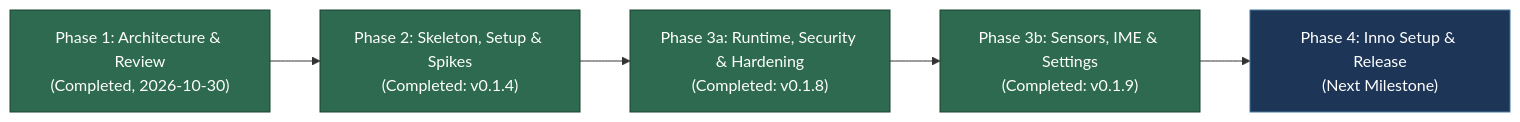
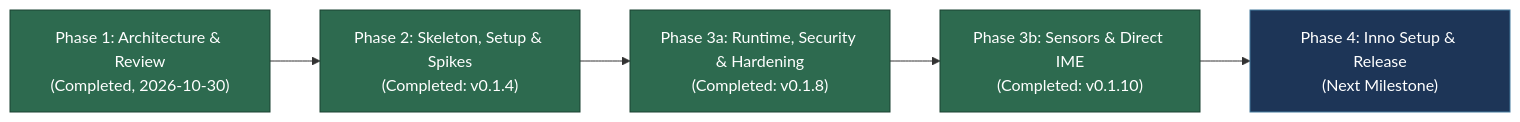
One commit to OrcusExtreme/Orcus_APK_Emulator changed the diagram in README.md. Above: the diagram before and after it, drawn with Mermaid. The commit also changed other lines of this file and 6 other files, not shown here.

````diff
--- a/README.md
+++ b/README.md
@@ -86,12 +86,12 @@
 ```mermaid
 flowchart LR
     A["Phase 1: Architecture & Review<br/>(Completed, 2026-10-30)"] --> B["Phase 2: Skeleton, Setup & Spikes<br/>(Completed: v0.1.4)"]
     B --> C["Phase 3a: Runtime, Security & Hardening<br/>(Completed: v0.1.8)"]
-    C --> D["Phase 3b: Sensors, IME & Settings<br/>(Completed: v0.1.9)"]
+    C --> D["Phase 3b: Sensors & Direct IME<br/>(Completed: v0.1.10)"]
     D --> E["Phase 4: Inno Setup & Release<br/>(Next Milestone)"]
     style A fill:#2d6a4f,stroke:#1b4332,color:#fff
     style B fill:#2d6a4f,stroke:#1b4332,color:#fff
     style C fill:#2d6a4f,stroke:#1b4332,color:#fff
     style D fill:#2d6a4f,stroke:#1b4332,color:#fff
     style E fill:#1d3557,stroke:#457b9d,color:#fff
 ```
````
